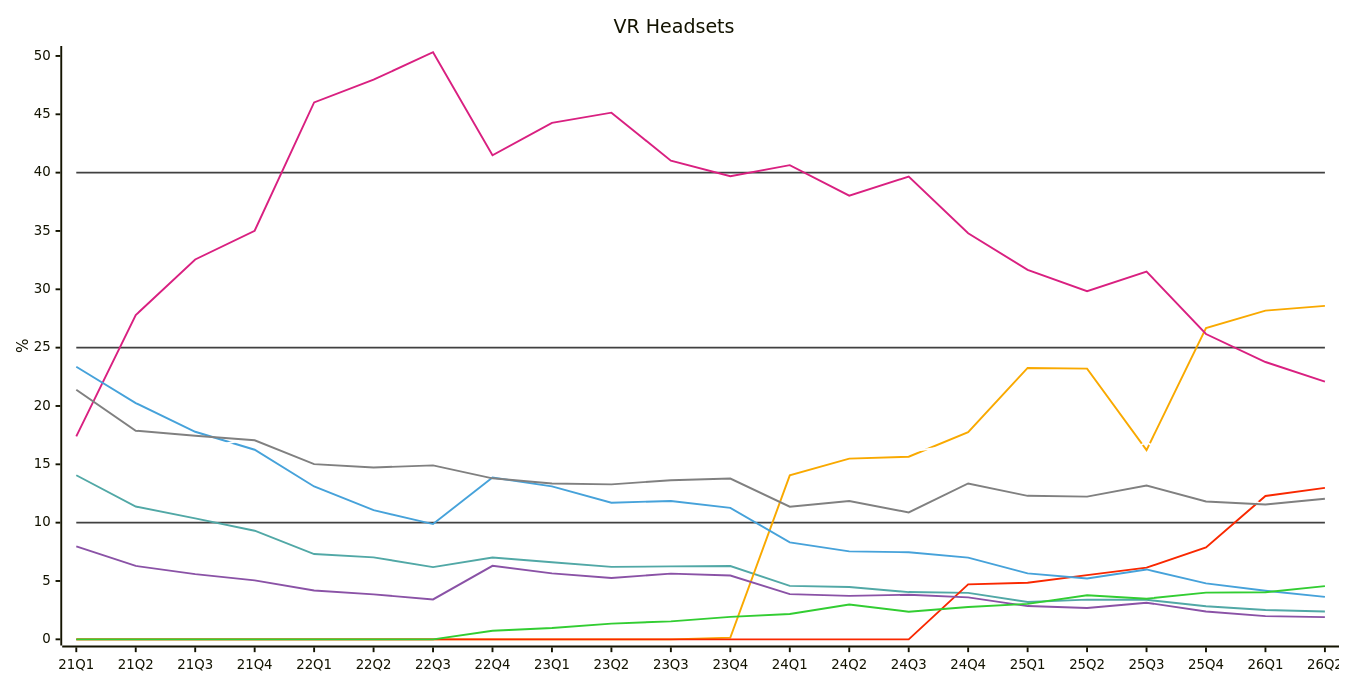
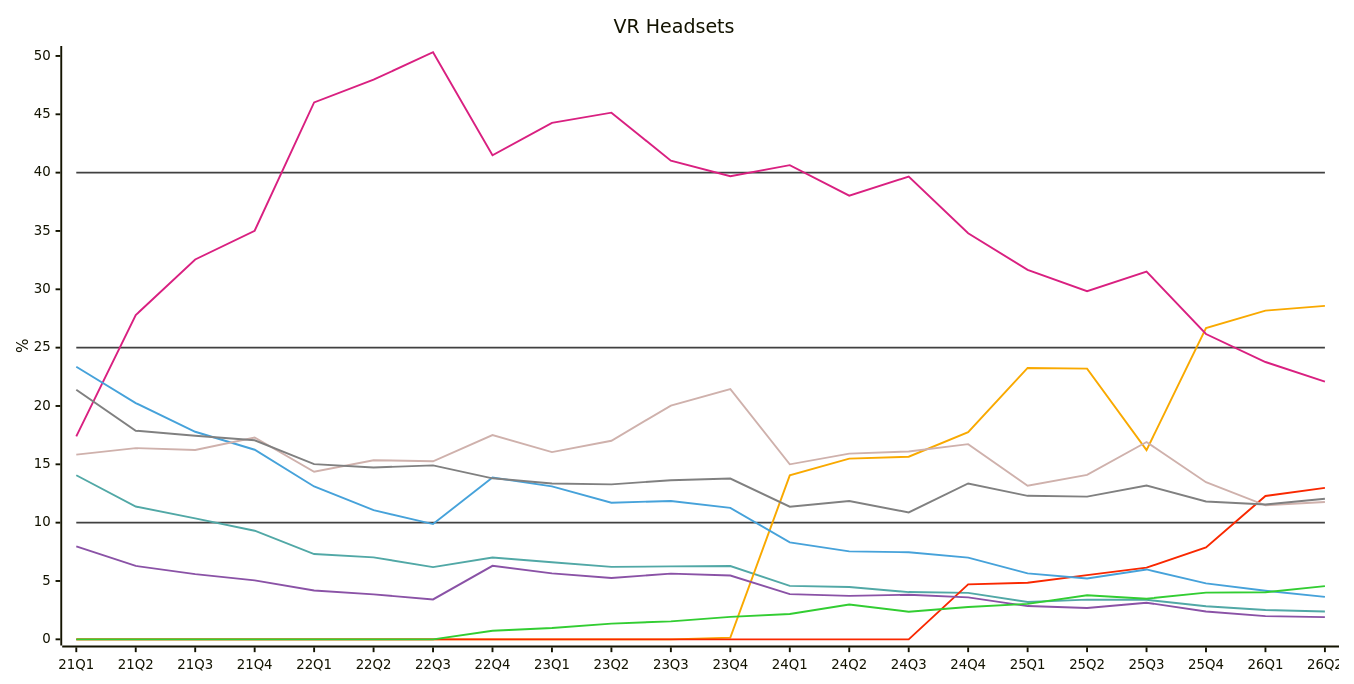
Before and after one commit to jdegene/steamHWsurvey: diagram 26 of 31 in README.md, drawn with Mermaid. The commit also changed other lines of this file and 1 other file, not shown here.

Commit message:
changed white lines in mermaid diagrams to light brown

````diff
--- a/README.md
+++ b/README.md
@@ -873,30 +873,30 @@
 ```mermaid
 ---
 config:
     xyChart:
         width: 1400
         height: 700
         
     themeVariables:
         xyChart:
-            plotColorPalette: "#404040,#404040,#404040,#51a8a6,#f9a900,#f92800,#d92080,#8a52a6,#46a2da,#32CD32,#FFFFFF,#808080"
+            plotColorPalette: "#404040,#404040,#404040,#51a8a6,#f9a900,#f92800,#d92080,#8a52a6,#46a2da,#32CD32,#cfb1ac,#808080"
 
 --- 
 
 xychart-beta
     title "VR Headsets"
     x-axis [21Q1, 21Q2, 21Q3, 21Q4, 22Q1, 22Q2, 22Q3, 22Q4, 23Q1, 23Q2, 23Q3, 23Q4, 24Q1, 24Q2, 24Q3, 24Q4, 25Q1, 25Q2, 25Q3, 25Q4, 26Q1, 26Q2]
     y-axis "%" 
  line [10, 10, 10, 10, 10, 10, 10, 10, 10, 10, 10, 10, 10, 10, 10, 10, 10, 10, 10, 10, 10, 10]
  line [25, 25, 25, 25, 25, 25, 25, 25, 25, 25, 25, 25, 25, 25, 25, 25, 25, 25, 25, 25, 25, 25]
  line [40, 40, 40, 40, 40, 40, 40, 40, 40, 40, 40, 40, 40, 40, 40, 40, 40, 40, 40, 40, 40, 40]
     line [14.06, 11.379999999999999, 10.37, 9.31, 7.31, 7.02, 6.1899999999999995, 7.01, 6.6000000000000005, 6.21, 6.25, 6.279999999999999, 4.58, 4.4799999999999995, 4.05, 3.9800000000000004, 3.2, 3.4000000000000004, 3.39, 2.8400000000000003, 2.5100000000000002, 2.39]
     line [0, 0, 0, 0, 0, 0, 0, 0, 0, 0, 0, 0.15, 14.05, 15.49, 15.65, 17.76, 23.26, 23.200000000000003, 16.220000000000002, 26.68, 28.17, 28.58]
     line [0, 0, 0, 0, 0, 0, 0, 0, 0, 0, 0, 0, 0, 0, 0, 4.71, 4.8500000000000005, 5.5, 6.15, 7.870000000000001, 12.29, 12.98]
     line [17.4, 27.79, 32.56, 35.02, 46.02, 47.97, 50.32, 41.49, 44.26, 45.14, 41.02, 39.69, 40.64, 38.03, 39.660000000000004, 34.8, 31.669999999999998, 29.84, 31.52, 26.169999999999998, 23.77, 22.08999999999999]
     line [7.969999999999999, 6.29, 5.59, 5.050000000000001, 4.18, 3.85, 3.42, 6.3, 5.65, 5.26, 5.63, 5.47, 3.8699999999999997, 3.7199999999999998, 3.82, 3.5999999999999996, 2.85, 2.69, 3.1399999999999997, 2.39, 1.9900000000000002, 1.9]
     line [23.36, 20.25, 17.79, 16.25, 13.100000000000001, 11.07, 9.879999999999999, 13.87, 13.11, 11.709999999999999, 11.86, 11.27, 8.309999999999999, 7.539999999999999, 7.46, 7.000000000000001, 5.65, 5.220000000000001, 5.99, 4.79, 4.16, 3.64]
     line [0, 0, 0, 0, 0, 0, 0, 0.74, 0.97, 1.35, 1.54, 1.92, 2.17, 2.9899999999999998, 2.37, 2.77, 3.04, 3.7800000000000002, 3.4799999999999995, 4.0, 4.04, 4.55999999999999]
     line [15.83, 16.39, 16.23, 17.299999999999997, 14.360000000000001, 15.35, 15.260000000000002, 17.51, 16.05, 17.02, 20.03, 21.45, 15.0, 15.920000000000002, 16.1, 16.73, 13.170000000000002, 14.099999999999998, 16.91, 13.469999999999999, 11.49, 11.77]
     line [21.389999999999997, 17.88, 17.45, 17.06, 15.02, 14.730000000000002, 14.91, 13.8, 13.350000000000001, 13.28, 13.639999999999999, 13.780000000000001, 11.37, 11.850000000000001, 10.879999999999999, 13.36, 12.3, 12.229999999999999, 13.18, 11.81, 11.55, 12.04999999999998]
 ``` 
````
